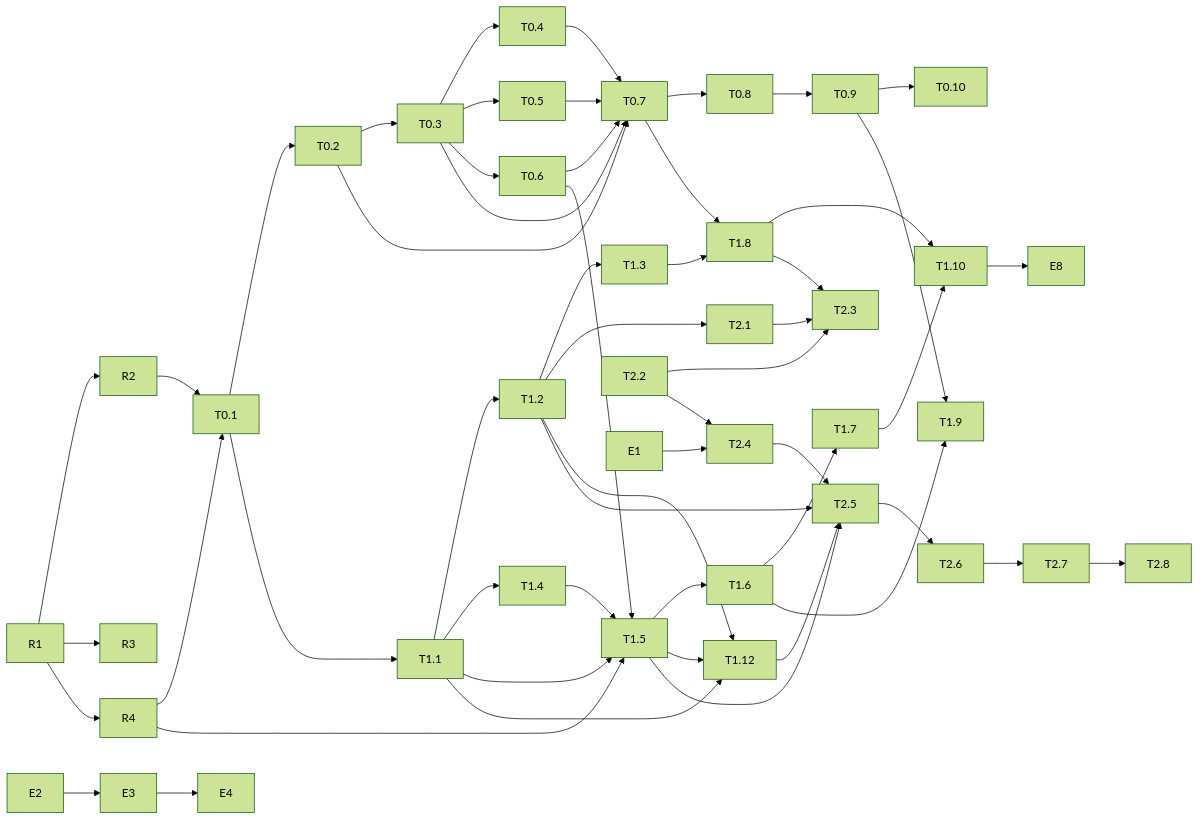
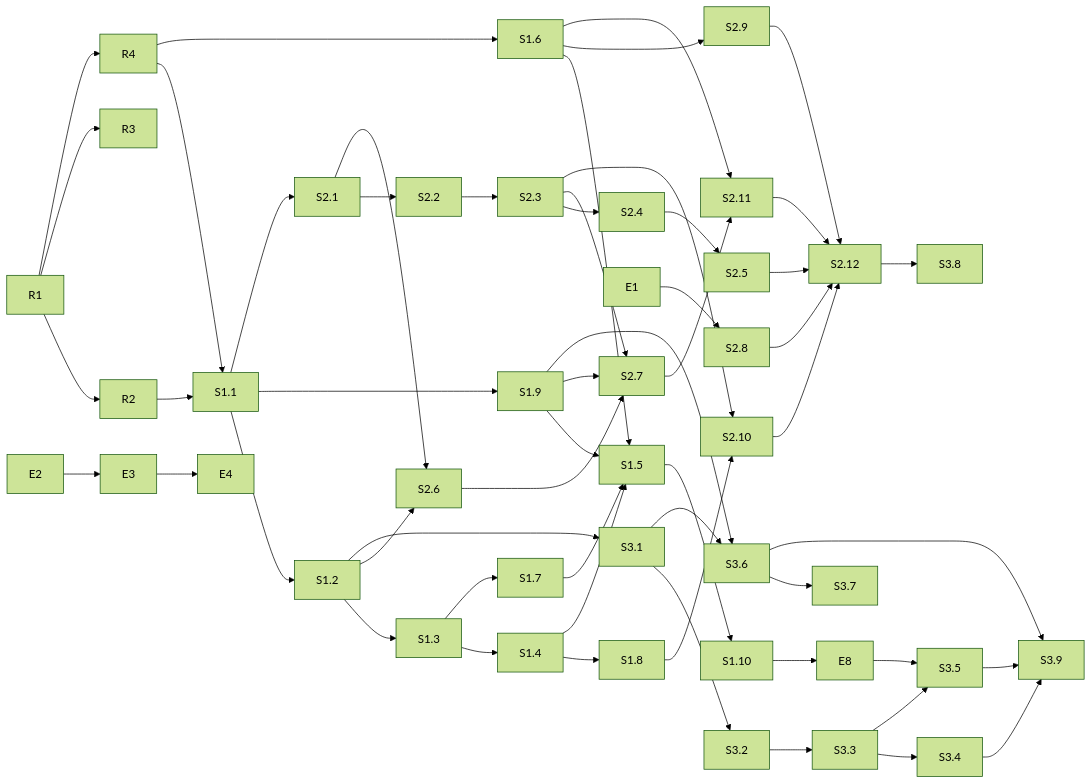
One commit to btnalit/NextTime-AI changed the diagram in docs/development-tasks.md. Above: the diagram before and after it, drawn with Mermaid (forest theme). The commit also changed other lines of this file and 4 other files, not shown here.

````diff
--- a/docs/development-tasks.md
+++ b/docs/development-tasks.md
@@ -428,23 +253,24 @@
 ```mermaid
 flowchart LR
-  R1 --> R2 --> T0.1
-  R1 --> R3
-  R1 --> R4 --> T0.1
+  R1 --> R2 & R3 & R4
+  R2 & R4 --> S1.1 --> S1.2 --> S1.3 --> S1.4 --> S1.8
+  S1.1 --> S1.9
+  S1.3 --> S1.7
+  R4 --> S1.6
+  S1.4 & S1.6 & S1.7 & S1.9 --> S1.5 --> S1.10
   E2 --> E3 --> E4
-  T0.1 --> T0.2 --> T0.3 --> T0.4
-  T0.3 --> T0.5
-  T0.3 --> T0.6
-  T0.2 & T0.3 & T0.4 & T0.5 & T0.6 --> T0.7 --> T0.8 --> T0.9 --> T0.10
-  T0.1 --> T1.1 --> T1.2 --> T1.3
-  T1.1 --> T1.4
-  R4 & T1.1 & T1.4 & T0.6 --> T1.5 --> T1.6 --> T1.7
-  T1.3 & T0.7 --> T1.8
-  T1.6 & T0.9 --> T1.9
-  T1.7 & T1.8 --> T1.10 --> E8
-  T1.2 --> T2.1
-  T2.2 --> T2.3
-  T1.8 & T2.1 --> T2.3
-  T2.2 & E1 --> T2.4
-  T1.1 & T1.2 & T1.5 --> T1.12
-  T1.2 & T1.5 & T1.12 & T2.4 --> T2.5 --> T2.6 --> T2.7 --> T2.8
+  S1.10 --> E8
+  S1.1 --> S2.1 --> S2.2 --> S2.3 --> S2.4 --> S2.5
+  S2.1 & S1.2 --> S2.6
+  S2.3 & S2.6 & S1.9 --> S2.7
+  E1 --> S2.8
+  S1.6 --> S2.9
+  S2.3 & S1.8 --> S2.10
+  S2.7 & S1.6 --> S2.11
+  S2.5 & S2.8 & S2.9 & S2.10 & S2.11 --> S2.12
+  S1.2 --> S3.1 --> S3.2 --> S3.3 --> S3.4
+  S3.3 & E8 --> S3.5
+  S1.9 & S3.1 --> S3.6 --> S3.7
+  S2.12 --> S3.8
+  S3.4 & S3.5 & S3.6 --> S3.9
 ```
````
